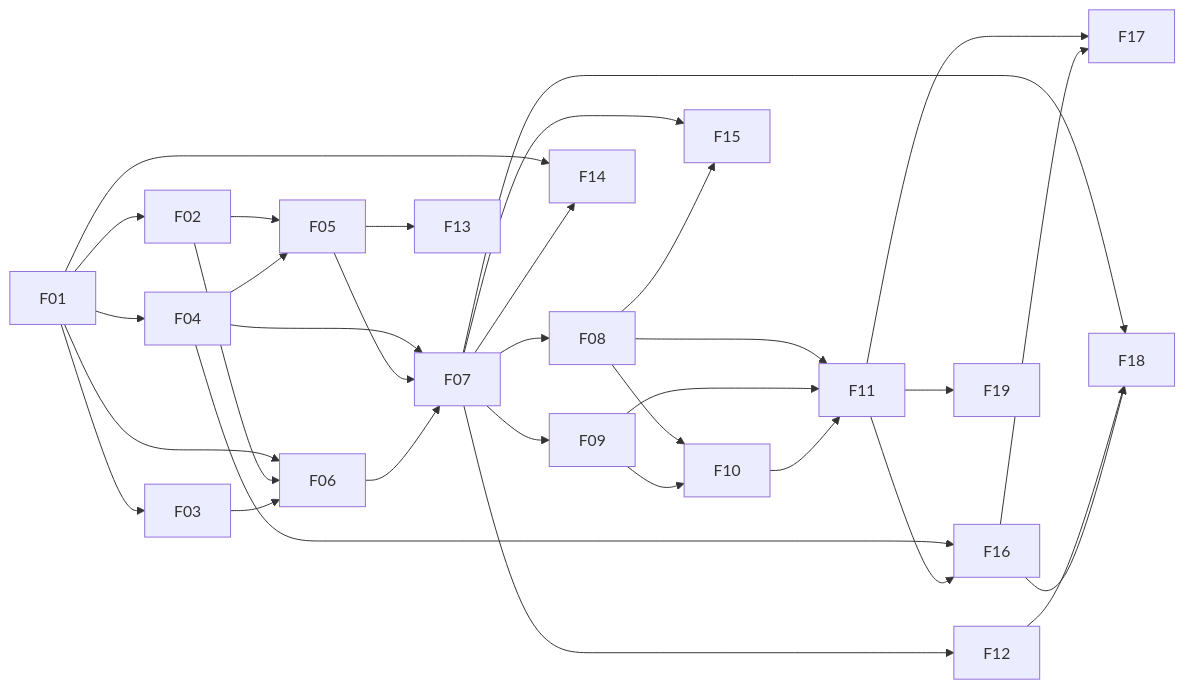
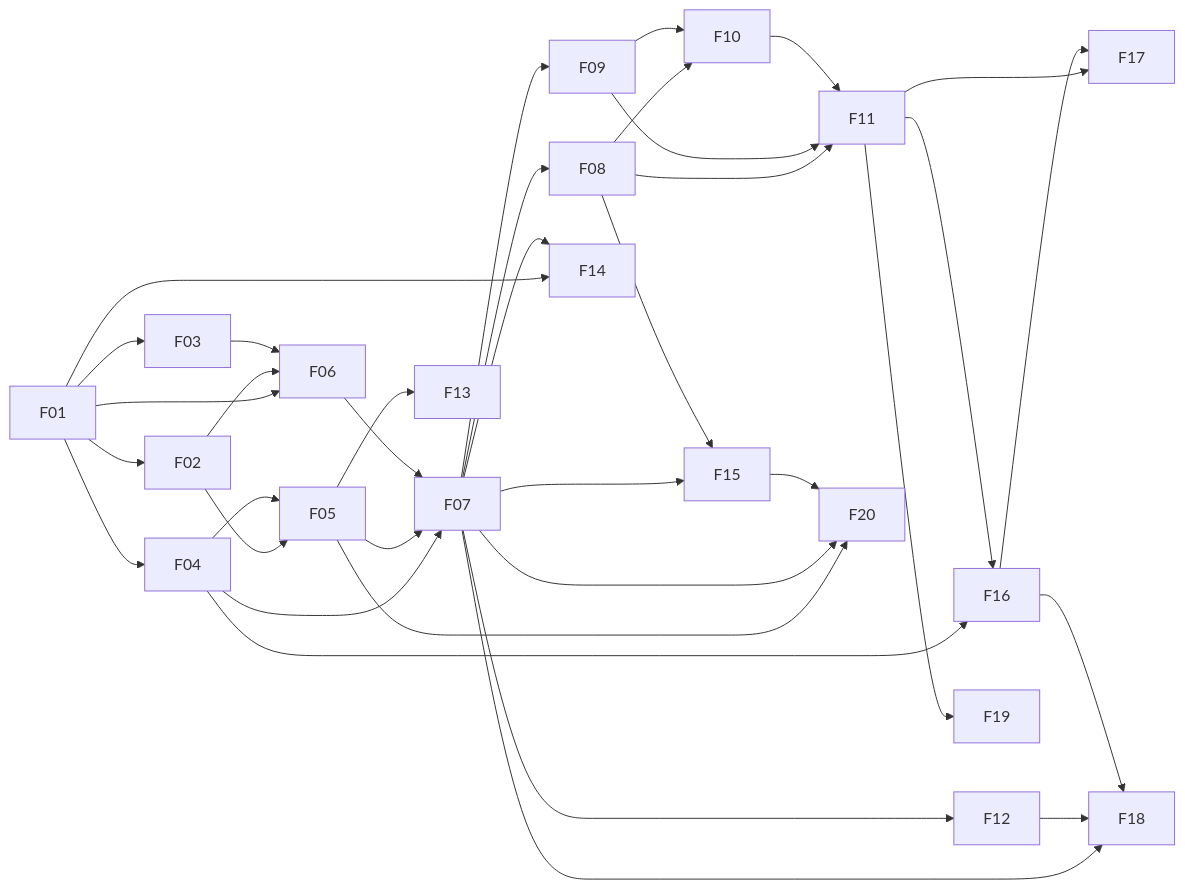
The second of 2 diagrams in docs/troy-mode/requirements.md (ZJUCao/tstack), drawn with Mermaid before and after one commit. The commit also changed other lines of this file and 1 other file, not shown here.

````diff
--- a/docs/troy-mode/requirements.md
+++ b/docs/troy-mode/requirements.md
@@ -371,35 +435,38 @@
 ```mermaid
 flowchart LR
   F01 --> F02
   F01 --> F03
   F01 --> F04
   F02 --> F05
   F04 --> F05
   F01 --> F06
   F02 --> F06
   F03 --> F06
   F04 --> F07
   F05 --> F07
   F06 --> F07
   F07 --> F08
   F07 --> F09
   F08 --> F10
   F09 --> F10
   F08 --> F11
   F09 --> F11
   F10 --> F11
   F07 --> F12
   F05 --> F13
   F01 --> F14
   F07 --> F14
   F07 --> F15
   F08 --> F15
   F04 --> F16
   F11 --> F16
   F11 --> F17
   F16 --> F17
   F07 --> F18
   F12 --> F18
   F16 --> F18
   F11 --> F19
+  F05 --> F20
+  F07 --> F20
+  F15 --> F20
 ```
````
